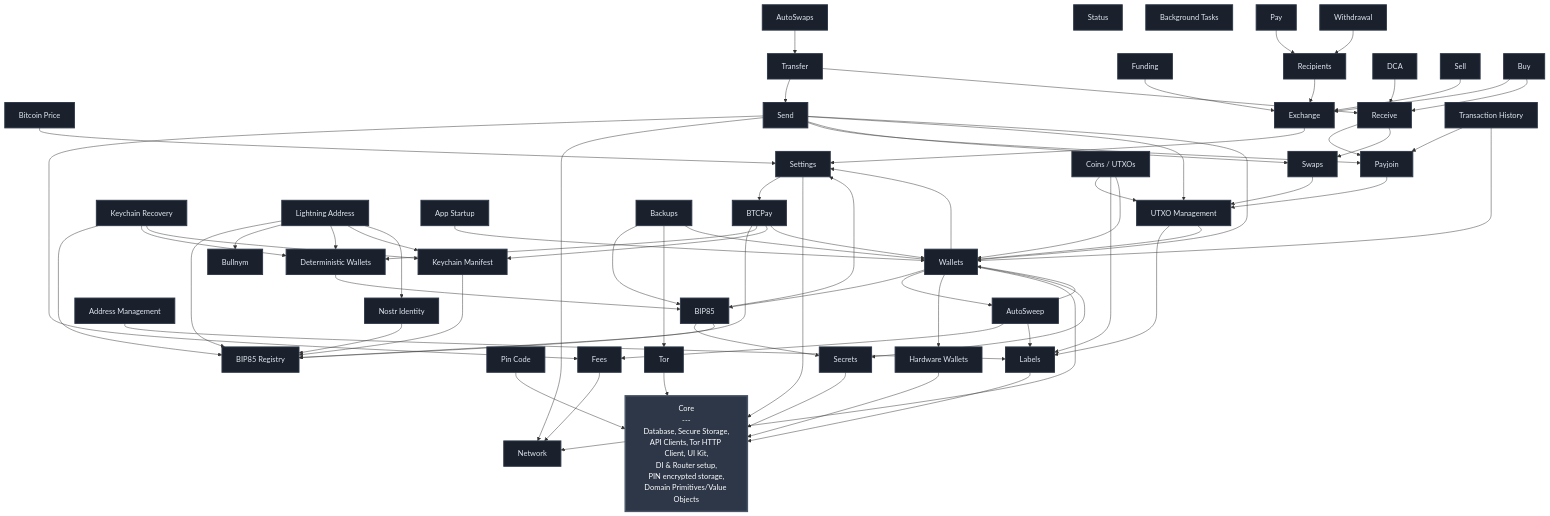
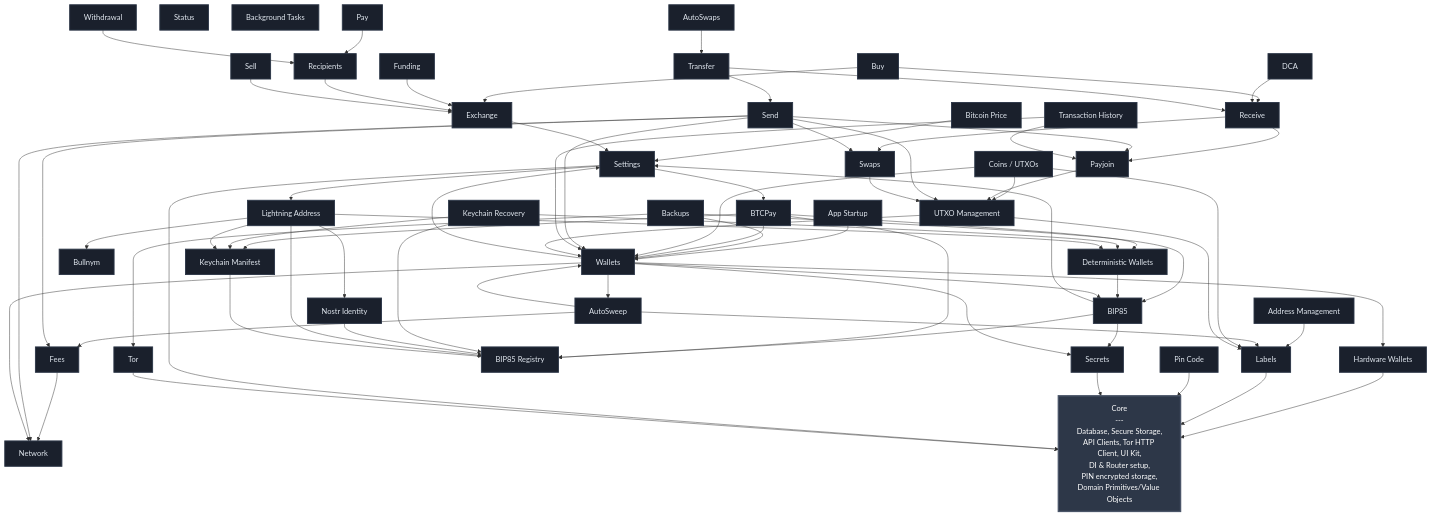
Before and after one commit to SatoshiPortal/bullbitcoin-mobile: the diagram in FEATURES.md, drawn with Mermaid. The commit also changed 14 other files, not shown here.

Commit message:
feat(lightning_address): add activation status UI

```diff
--- a/FEATURES.md
+++ b/FEATURES.md
@@ -114,6 +114,7 @@
     SEND --> WALLETS
     SETTINGS --> BTCPAY
     SETTINGS --> CORE
+    SETTINGS --> LIGHTNING_ADDRESS
     SWAPS --> UTXO_MGMT
     TOR --> CORE
     TRANSFER --> SEND
```
